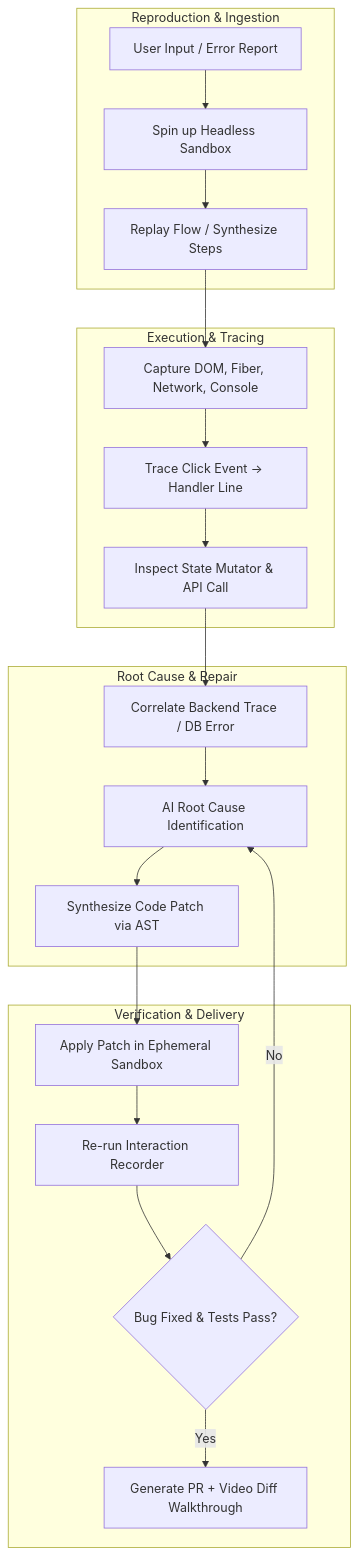
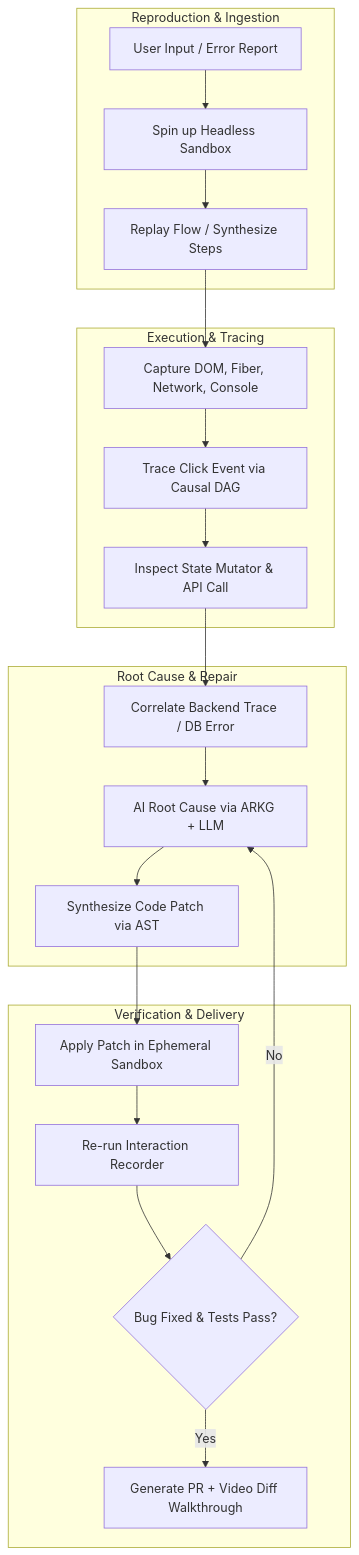
One commit to ansh-n-chovatiya/DevFlow changed the first of 2 diagrams in VISION.md. Above: the diagram before and after it, drawn with Mermaid. The commit also changed other lines of this file and 2 other files, not shown here.

````diff
--- a/VISION.md
+++ b/VISION.md
@@ -106,27 +190,27 @@
 ```mermaid
 flowchart TD
     subgraph Reproduction & Ingestion
         A[User Input / Error Report] --> B[Spin up Headless Sandbox]
         B --> C[Replay Flow / Synthesize Steps]
     end
-    
+
     subgraph Execution & Tracing
         C --> D[Capture DOM, Fiber, Network, Console]
-        D --> E[Trace Click Event -> Handler Line]
+        D --> E[Trace Click Event via Causal DAG]
         E --> F[Inspect State Mutator & API Call]
     end
-    
+
     subgraph Root Cause & Repair
         F --> G[Correlate Backend Trace / DB Error]
-        G --> H[AI Root Cause Identification]
+        G --> H[AI Root Cause via ARKG + LLM]
         H --> I[Synthesize Code Patch via AST]
     end
-    
+
     subgraph Verification & Delivery
         I --> J[Apply Patch in Ephemeral Sandbox]
         J --> K[Re-run Interaction Recorder]
         K --> L{Bug Fixed & Tests Pass?}
         L -- No --> H
         L -- Yes --> M[Generate PR + Video Diff Walkthrough]
     end
 ```
````
